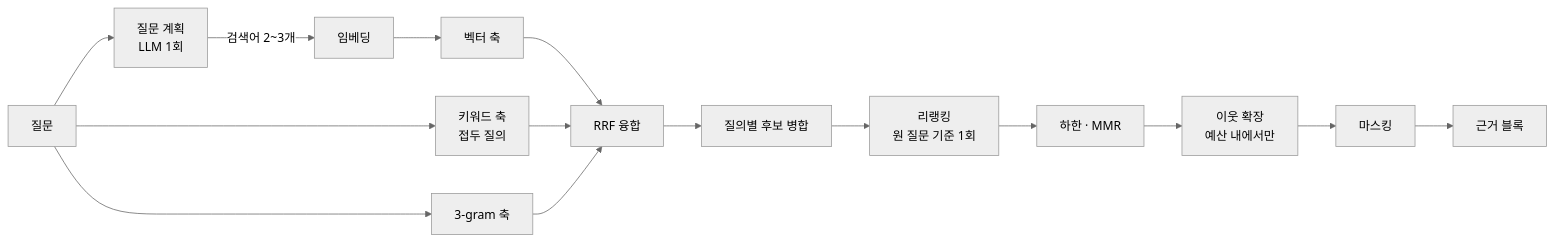
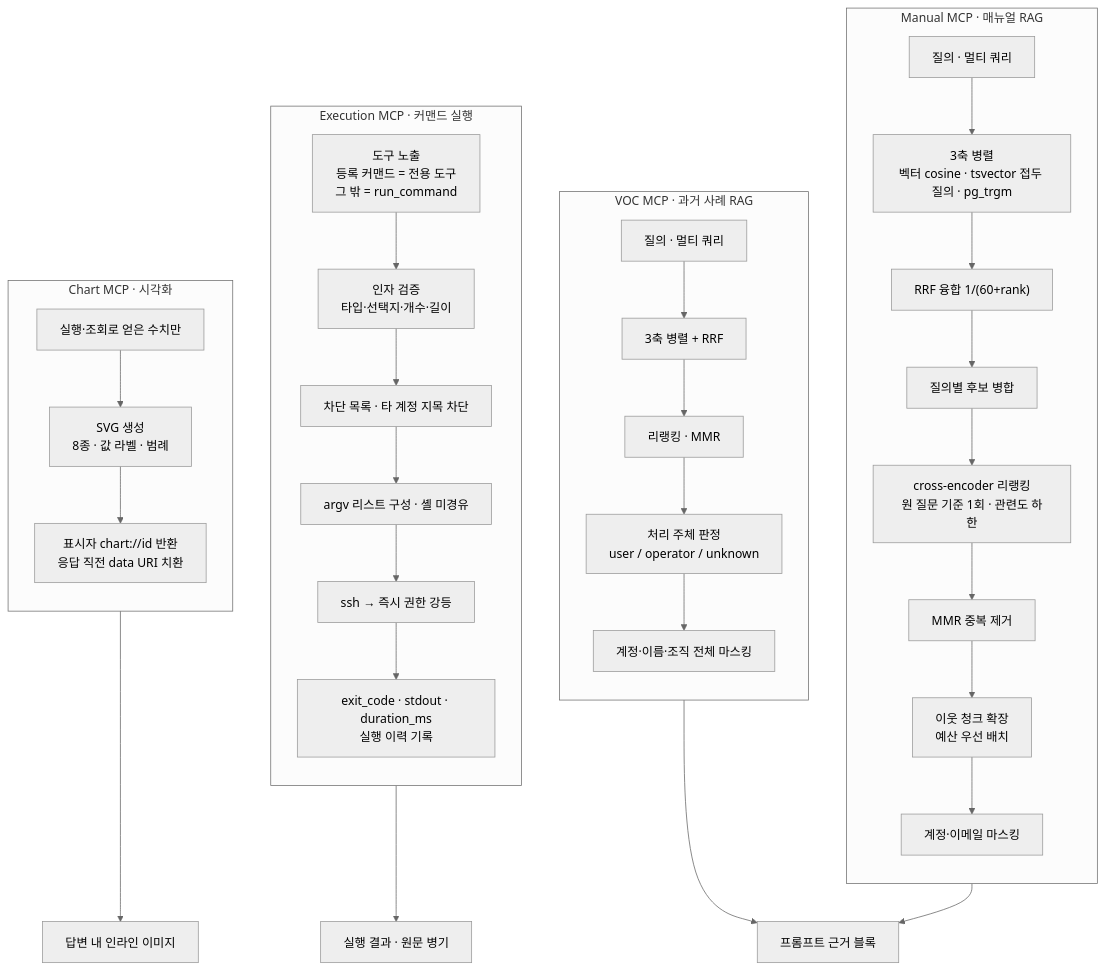
One commit to ssyrc/AI-Infra-Assistant-pub changed the second of 3 diagrams in README.md. Above: the diagram before and after it, drawn with Mermaid (neutral theme). The commit also changed other lines of this file and 1 other file, not shown here.

````diff
--- a/README.md
+++ b/README.md
@@ -154,15 +51,38 @@
 ```mermaid
-flowchart LR
-    Q["질문"] --> P["질문 계획<br/>LLM 1회"]
-    P -->|"검색어 2~3개"| E["임베딩"]
-    E --> V["벡터 축"]
-    Q --> K["키워드 축<br/>접두 질의"]
-    Q --> T["3-gram 축"]
-    V & K & T --> F["RRF 융합"]
-    F --> MG["질의별 후보 병합"]
-    MG --> RR["리랭킹<br/>원 질문 기준 1회"]
-    RR --> MMR["하한 · MMR"]
-    MMR --> NB["이웃 확장<br/>예산 내에서만"]
-    NB --> PII["마스킹"]
-    PII --> B["근거 블록"]
+flowchart TB
+    subgraph MAN["Manual MCP · 매뉴얼 RAG"]
+        direction TB
+        MQ["질의 · 멀티 쿼리"] --> M3X["3축 병렬<br/>벡터 cosine · tsvector 접두 질의 · pg_trgm"]
+        M3X --> MRRF["RRF 융합 1/(60+rank)"] --> MMERGE["질의별 후보 병합"]
+        MMERGE --> MRR["cross-encoder 리랭킹<br/>원 질문 기준 1회 · 관련도 하한"]
+        MRR --> MMMR["MMR 중복 제거"] --> MNB["이웃 청크 확장<br/>예산 우선 배치"]
+        MNB --> MPII["계정·이메일 마스킹"]
+    end
+
+    subgraph VOC["VOC MCP · 과거 사례 RAG"]
+        direction TB
+        VQ["질의 · 멀티 쿼리"] --> V3X["3축 병렬 + RRF"]
+        V3X --> VRR["리랭킹 · MMR"]
+        VRR --> VH["처리 주체 판정<br/>user / operator / unknown"]
+        VH --> VPII["계정·이름·조직 전체 마스킹"]
+    end
+
+    subgraph EXE["Execution MCP · 커맨드 실행"]
+        direction TB
+        ET["도구 노출<br/>등록 커맨드 = 전용 도구<br/>그 밖 = run_command"] --> EV["인자 검증<br/>타입·선택지·개수·길이"]
+        EV --> ED["차단 목록 · 타 계정 지목 차단"]
+        ED --> EA["argv 리스트 구성 · 셸 미경유"]
+        EA --> ESSH["ssh → 즉시 권한 강등"]
+        ESSH --> ER["exit_code · stdout · duration_ms<br/>실행 이력 기록"]
+    end
+
+    subgraph CHT["Chart MCP · 시각화"]
+        direction TB
+        CD["실행·조회로 얻은 수치만"] --> CS["SVG 생성<br/>8종 · 값 라벨 · 범례"]
+        CS --> CM["표시자 chart://id 반환<br/>응답 직전 data URI 치환"]
+    end
+
+    MPII & VPII --> P["프롬프트 근거 블록"]
+    ER --> P2["실행 결과 · 원문 병기"]
+    CM --> P3["답변 내 인라인 이미지"]
 ```
````
